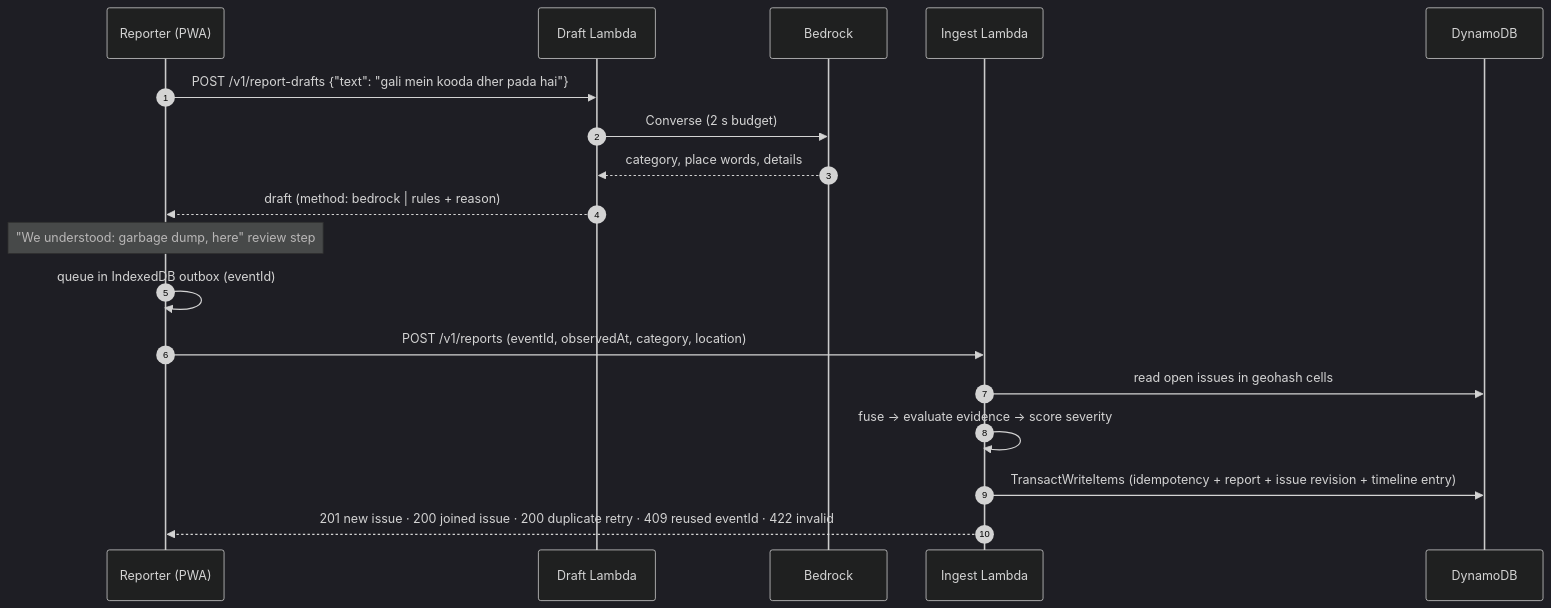
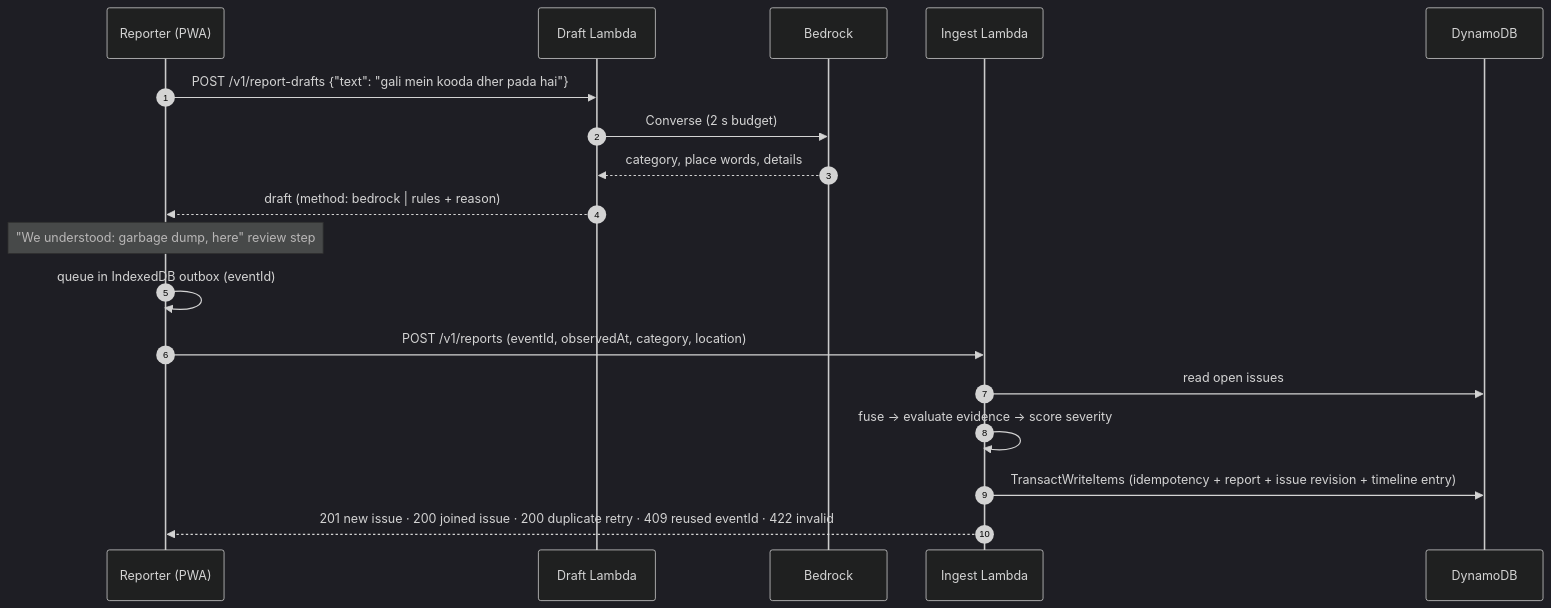
One commit to 4-thkind/Kestrel changed diagram 12 of 15 in README.md. Above: the diagram before and after it, drawn with Mermaid (dark theme). The commit also changed other lines of this file, not shown here.

````diff
--- a/README.md
+++ b/README.md
@@ -442,20 +484,20 @@
 ```mermaid
 sequenceDiagram
   autonumber
   participant R as Reporter (PWA)
   participant D as Draft Lambda
   participant B as Bedrock
   participant I as Ingest Lambda
   participant T as DynamoDB
   R->>D: POST /v1/report-drafts {"text": "gali mein kooda dher pada hai"}
   D->>B: Converse (2 s budget)
   B-->>D: category, place words, details
   D-->>R: draft (method: bedrock | rules + reason)
   Note over R: "We understood: garbage dump, here" review step
   R->>R: queue in IndexedDB outbox (eventId)
   R->>I: POST /v1/reports (eventId, observedAt, category, location)
-  I->>T: read open issues in geohash cells
+  I->>T: read open issues
   I->>I: fuse → evaluate evidence → score severity
   I->>T: TransactWriteItems (idempotency + report + issue revision + timeline entry)
   I-->>R: 201 new issue · 200 joined issue · 200 duplicate retry · 409 reused eventId · 422 invalid
 ```
````
